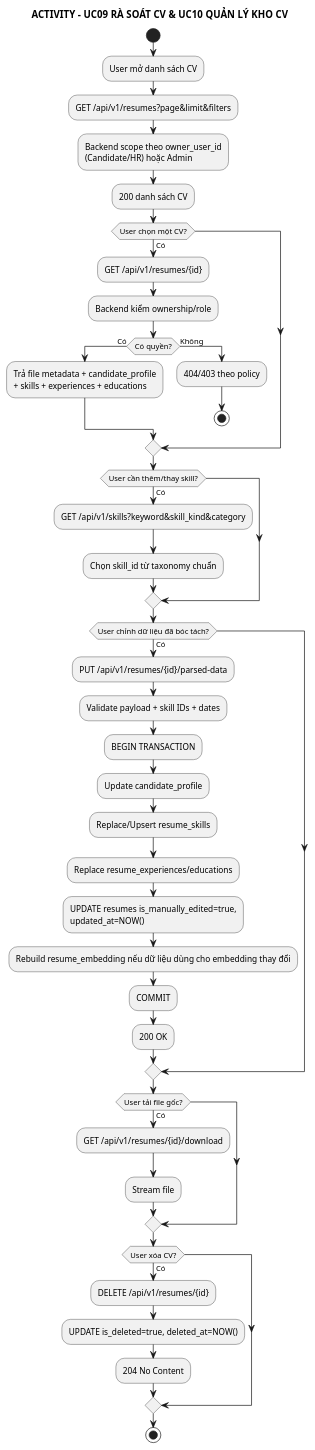
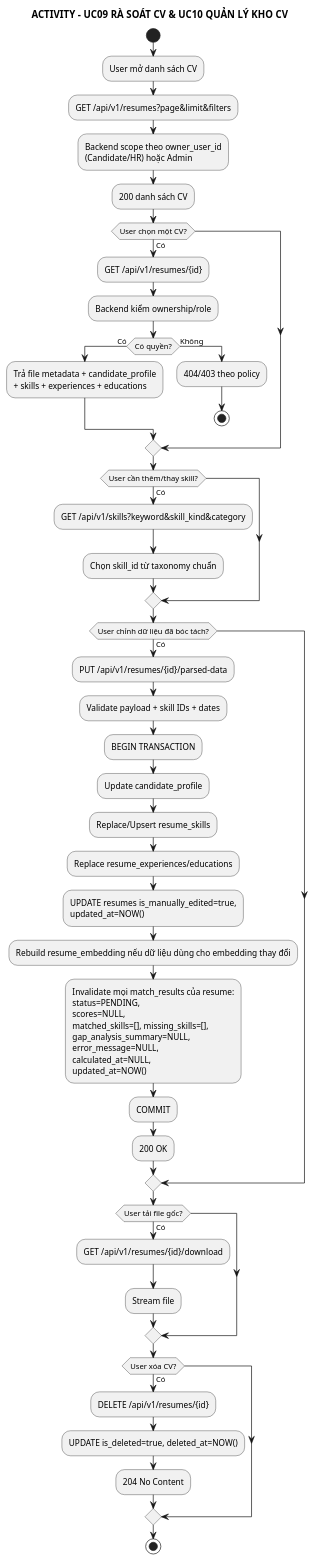
One commit to anh632k-ui/WebCVUngVienTuyenDung changed the diagram in docs/03_activity/act_uc09_10_review_manage_cv.puml. Above: the diagram before and after it, drawn with PlantUML.

Commit message:
fix(pttk): invalidate stale matches after CV edits

```diff
--- a/docs/03_activity/act_uc09_10_review_manage_cv.puml
+++ b/docs/03_activity/act_uc09_10_review_manage_cv.puml
@@ -1,56 +1,64 @@
 @startuml
 skinparam monochrome true
 skinparam shadowing false
 
 title ACTIVITY - UC09 RÀ SOÁT CV & UC10 QUẢN LÝ KHO CV
 
 start
 :User mở danh sách CV;
 :GET /api/v1/resumes?page&limit&filters;
 :Backend scope theo owner_user_id
 (Candidate/HR) hoặc Admin;
 :200 danh sách CV;
 
 if (User chọn một CV?) then (Có)
   :GET /api/v1/resumes/{id};
   :Backend kiểm ownership/role;
   if (Có quyền?) then (Có)
     :Trả file metadata + candidate_profile
     + skills + experiences + educations;
   else (Không)
     :404/403 theo policy;
     stop
   endif
 endif
 
 if (User cần thêm/thay skill?) then (Có)
   :GET /api/v1/skills?keyword&skill_kind&category;
   :Chọn skill_id từ taxonomy chuẩn;
 endif
 
 if (User chỉnh dữ liệu đã bóc tách?) then (Có)
   :PUT /api/v1/resumes/{id}/parsed-data;
   :Validate payload + skill IDs + dates;
   :BEGIN TRANSACTION;
   :Update candidate_profile;
   :Replace/Upsert resume_skills;
   :Replace resume_experiences/educations;
   :UPDATE resumes is_manually_edited=true,
   updated_at=NOW();
   :Rebuild resume_embedding nếu dữ liệu dùng cho embedding thay đổi;
+  :Invalidate mọi match_results của resume:
+  status=PENDING,
+  scores=NULL,
+  matched_skills=[], missing_skills=[],
+  gap_analysis_summary=NULL,
+  error_message=NULL,
+  calculated_at=NULL,
+  updated_at=NOW();
   :COMMIT;
   :200 OK;
 endif
 
 if (User tải file gốc?) then (Có)
   :GET /api/v1/resumes/{id}/download;
   :Stream file;
 endif
 
 if (User xóa CV?) then (Có)
   :DELETE /api/v1/resumes/{id};
   :UPDATE is_deleted=true, deleted_at=NOW();
   :204 No Content;
 endif
 stop
 @enduml
```
